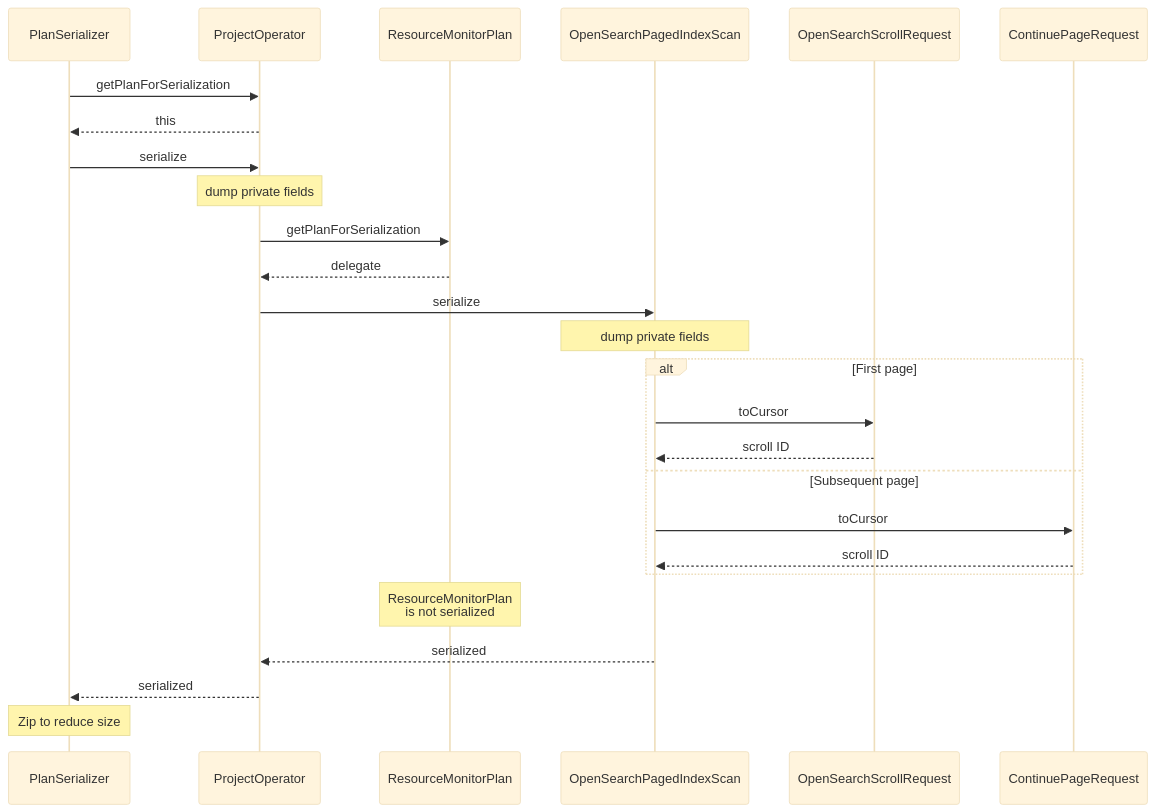
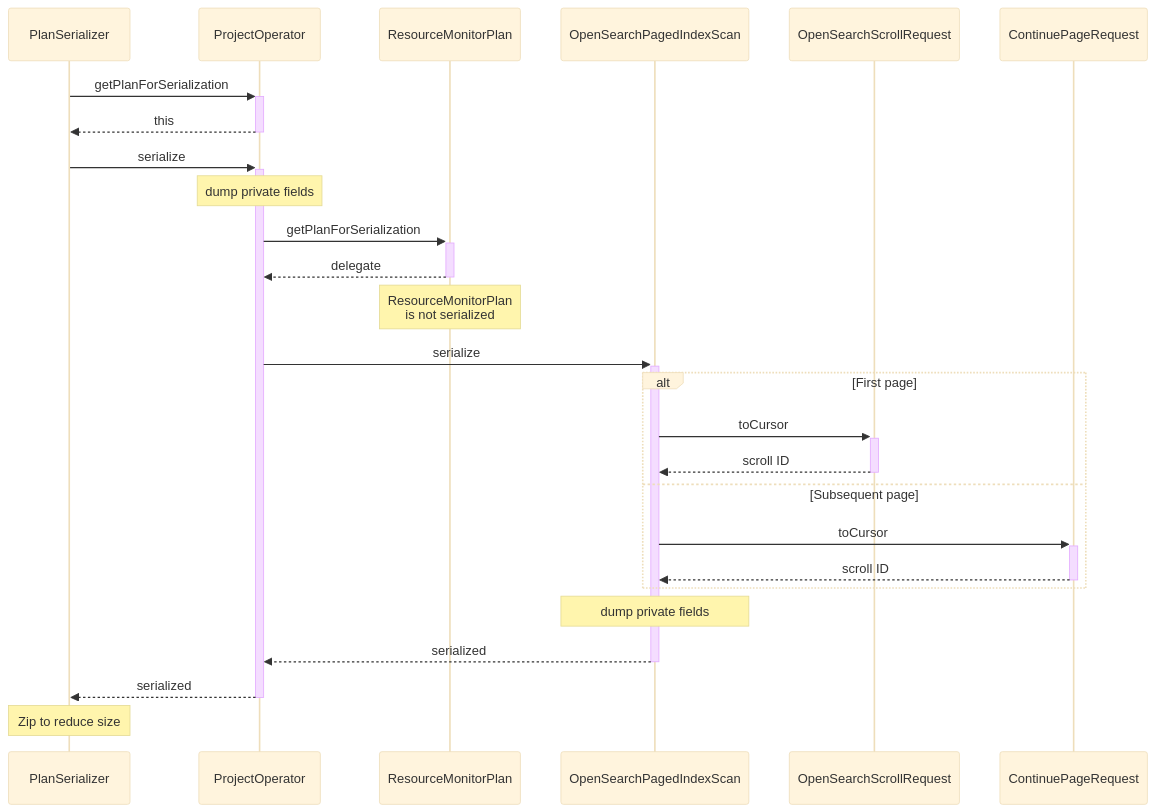
One commit to opensearch-project/sql changed the fourth of 6 diagrams in docs/dev/Pagination-v2.md. Above: the diagram before and after it, drawn with Mermaid (base theme). The commit also changed other lines of this file, not shown here.

Commit message:
Update design graphs.

````diff
--- a/docs/dev/Pagination-v2.md
+++ b/docs/dev/Pagination-v2.md
@@ -197,29 +200,29 @@
 ```mermaid
 sequenceDiagram
     participant PlanSerializer
     participant ProjectOperator
     participant ResourceMonitorPlan
     participant OpenSearchPagedIndexScan
     participant OpenSearchScrollRequest
     participant ContinuePageRequest
 
-PlanSerializer->>ProjectOperator:getPlanForSerialization
-  ProjectOperator-->>PlanSerializer:this
-PlanSerializer->>ProjectOperator:serialize
+PlanSerializer->>+ProjectOperator: getPlanForSerialization
+  ProjectOperator-->>-PlanSerializer: this
+PlanSerializer->>+ProjectOperator: serialize
   Note over ProjectOperator: dump private fields
-  ProjectOperator->>ResourceMonitorPlan:getPlanForSerialization
-    ResourceMonitorPlan-->>ProjectOperator:delegate
-  ProjectOperator->>OpenSearchPagedIndexScan:serialize
+  ProjectOperator->>+ResourceMonitorPlan: getPlanForSerialization
+    ResourceMonitorPlan-->>-ProjectOperator: delegate
+  Note over ResourceMonitorPlan: ResourceMonitorPlan<br />is not serialized
+  ProjectOperator->>+OpenSearchPagedIndexScan: serialize
+    alt First page
+      OpenSearchPagedIndexScan->>+OpenSearchScrollRequest: toCursor
+        OpenSearchScrollRequest-->>-OpenSearchPagedIndexScan: scroll ID
+    else Subsequent page
+      OpenSearchPagedIndexScan->>+ContinuePageRequest: toCursor
+        ContinuePageRequest-->>-OpenSearchPagedIndexScan: scroll ID
+    end
     Note over OpenSearchPagedIndexScan: dump private fields
-    alt First page
-      OpenSearchPagedIndexScan->>OpenSearchScrollRequest:toCursor
-        OpenSearchScrollRequest-->>OpenSearchPagedIndexScan:scroll ID
-    else Subsequent page
-      OpenSearchPagedIndexScan->>ContinuePageRequest:toCursor
-        ContinuePageRequest-->>OpenSearchPagedIndexScan:scroll ID
-    end
-    Note over ResourceMonitorPlan: ResourceMonitorPlan<br />is not serialized
-    OpenSearchPagedIndexScan-->>ProjectOperator:serialized
-  ProjectOperator-->>PlanSerializer:serialized
+    OpenSearchPagedIndexScan-->>-ProjectOperator: serialized
+  ProjectOperator-->>-PlanSerializer: serialized
 Note over PlanSerializer: Zip to reduce size
 ```
````
